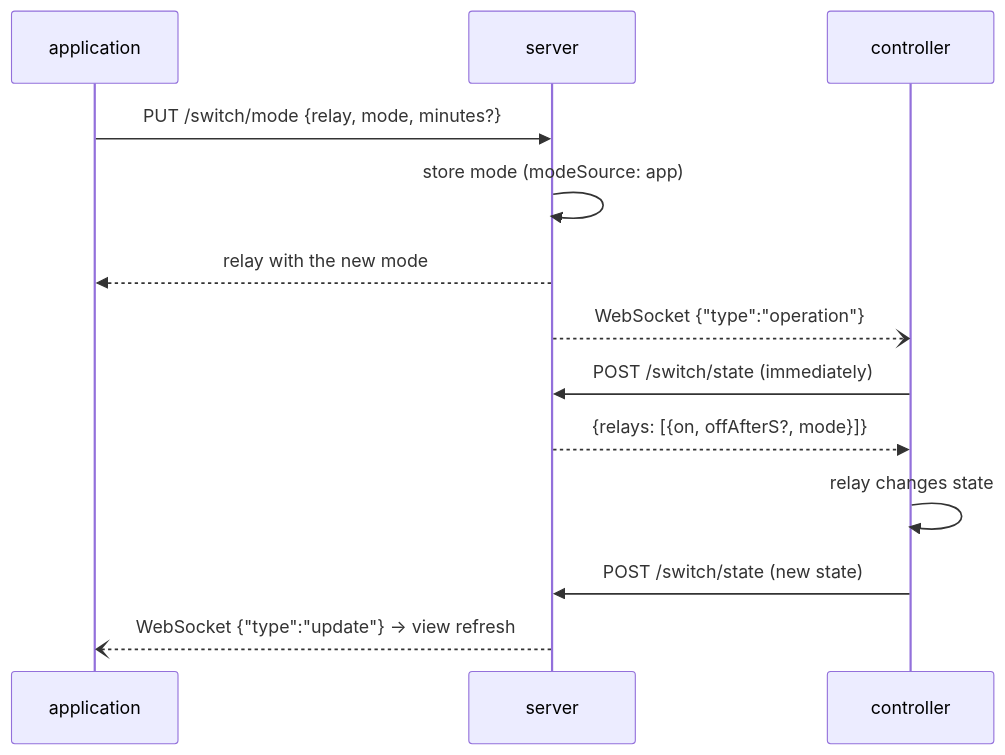
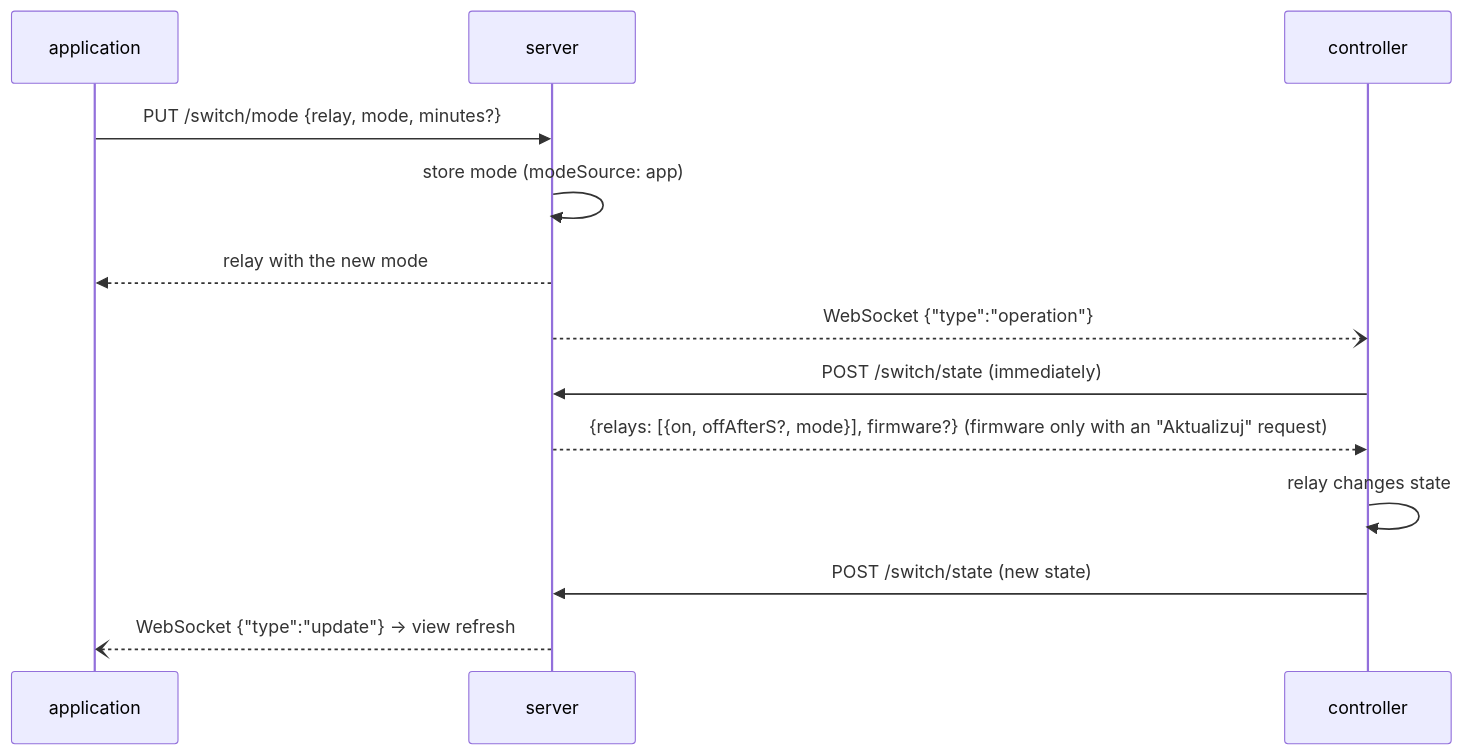
The fourth of 5 diagrams in docs/en/moduly/switch/2-how-it-works.md (robertorlowski/chpc-web), drawn with Mermaid before and after one commit. The commit also changed other lines of this file and 55 other files, not shown here.

First line of the commit message:
Aktualizacja firmware na zlecenie („Aktualizuj”) dla hydroforu, włącznika i pieca; OTA pieca z chmury (firmware 1.5.0), włącznik 1.1.0; piec: przełącznik „Kocioł: Włączony / Wyłączony”

````diff
--- a/docs/en/moduly/switch/2-how-it-works.md
+++ b/docs/en/moduly/switch/2-how-it-works.md
@@ -69,15 +69,15 @@
 ```mermaid
 sequenceDiagram
     participant U as application
     participant S as server
     participant C as controller
     U->>S: PUT /switch/mode {relay, mode, minutes?}
     S->>S: store mode (modeSource: app)
     S-->>U: relay with the new mode
     S--)C: WebSocket {"type":"operation"}
     C->>S: POST /switch/state (immediately)
-    S-->>C: {relays: [{on, offAfterS?, mode}]}
+    S-->>C: {relays: [{on, offAfterS?, mode}], firmware?} (firmware only with an "Aktualizuj" request)
     C->>C: relay changes state
     C->>S: POST /switch/state (new state)
     S--)U: WebSocket {"type":"update"} → view refresh
 ```
````
